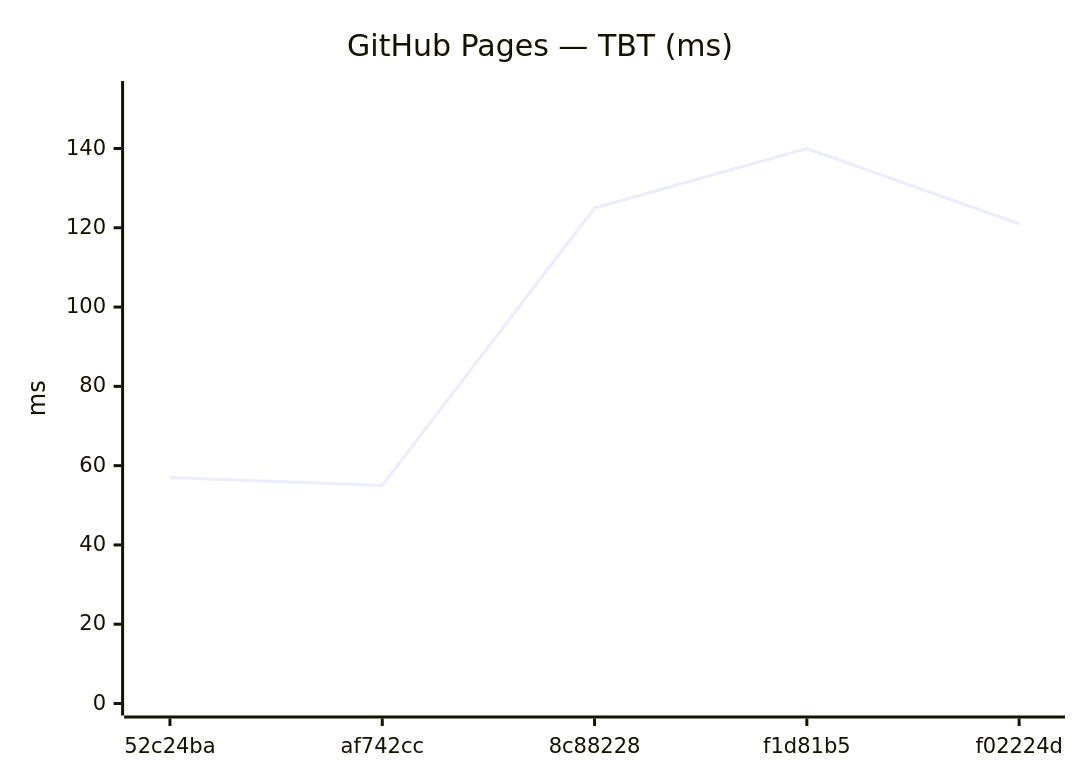
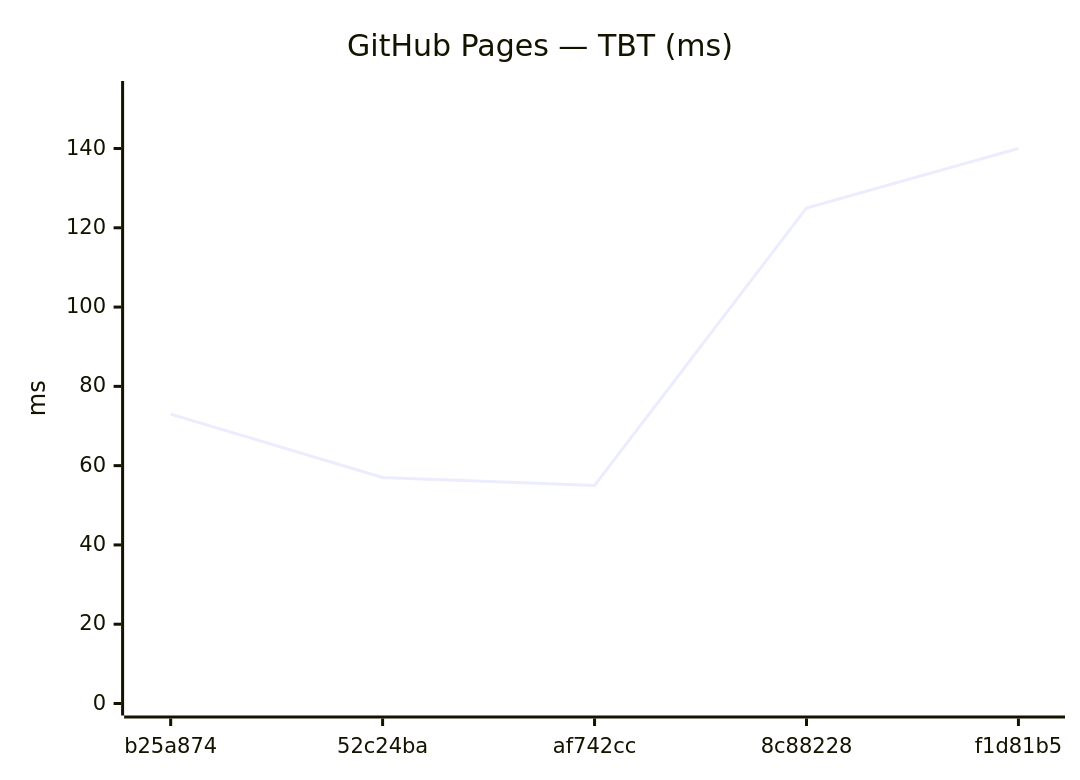
Before and after one commit to Metaheurist/Rianell: the tenth of 18 diagrams in benchmarks/compare.md, drawn with Mermaid. The commit also changed other lines of this file and 11 other files, not shown here.

````diff
--- a/benchmarks/compare.md
+++ b/benchmarks/compare.md
@@ -149,7 +149,7 @@
 ```mermaid
 xychart-beta
     title "GitHub Pages — TBT (ms)"
-    x-axis ["52c24ba", "af742cc", "8c88228", "f1d81b5", "f02224d"]
+    x-axis ["b25a874", "52c24ba", "af742cc", "8c88228", "f1d81b5"]
     y-axis "ms" 0 --> 154
-    line [57, 55, 125, 140, 121]
+    line [73, 57, 55, 125, 140]
 ```
````
